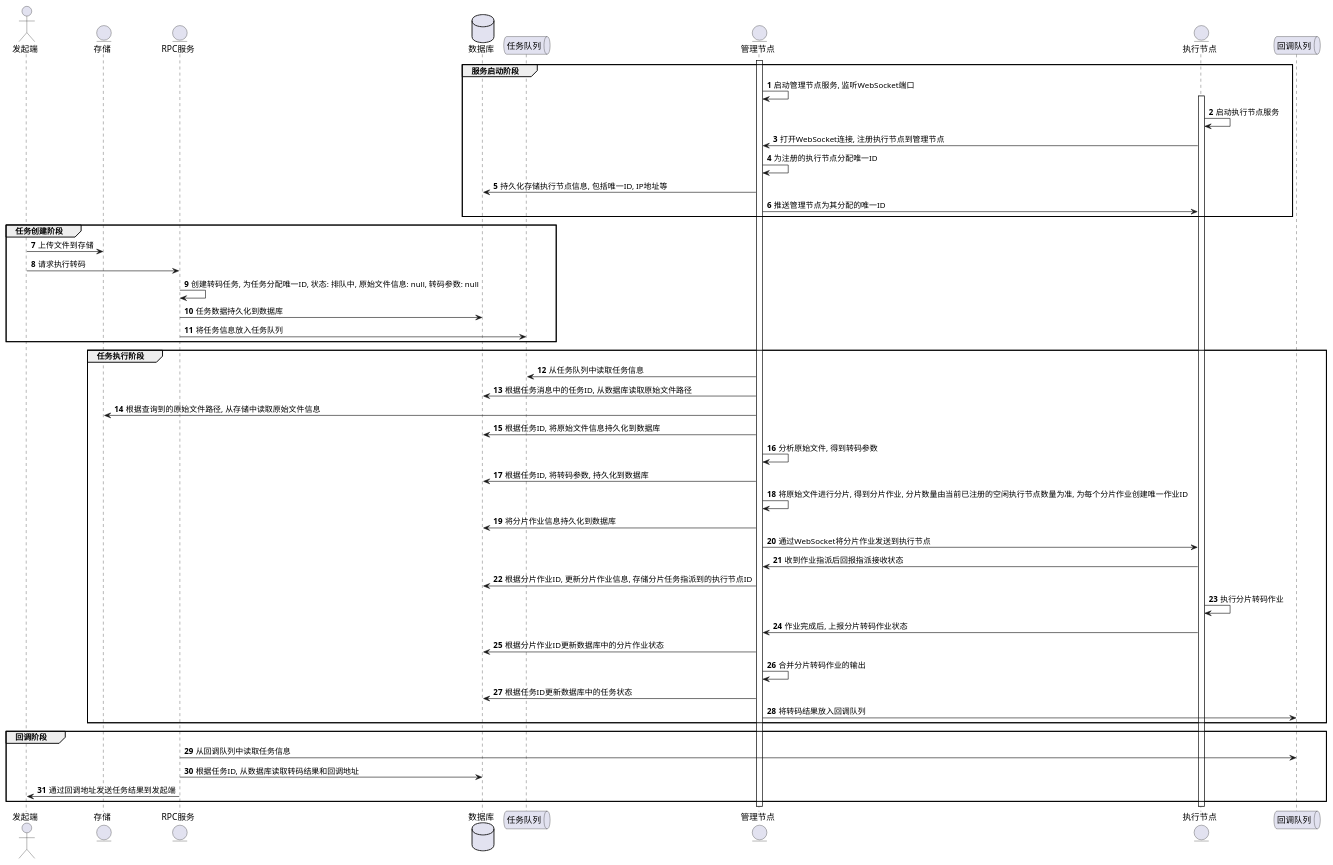
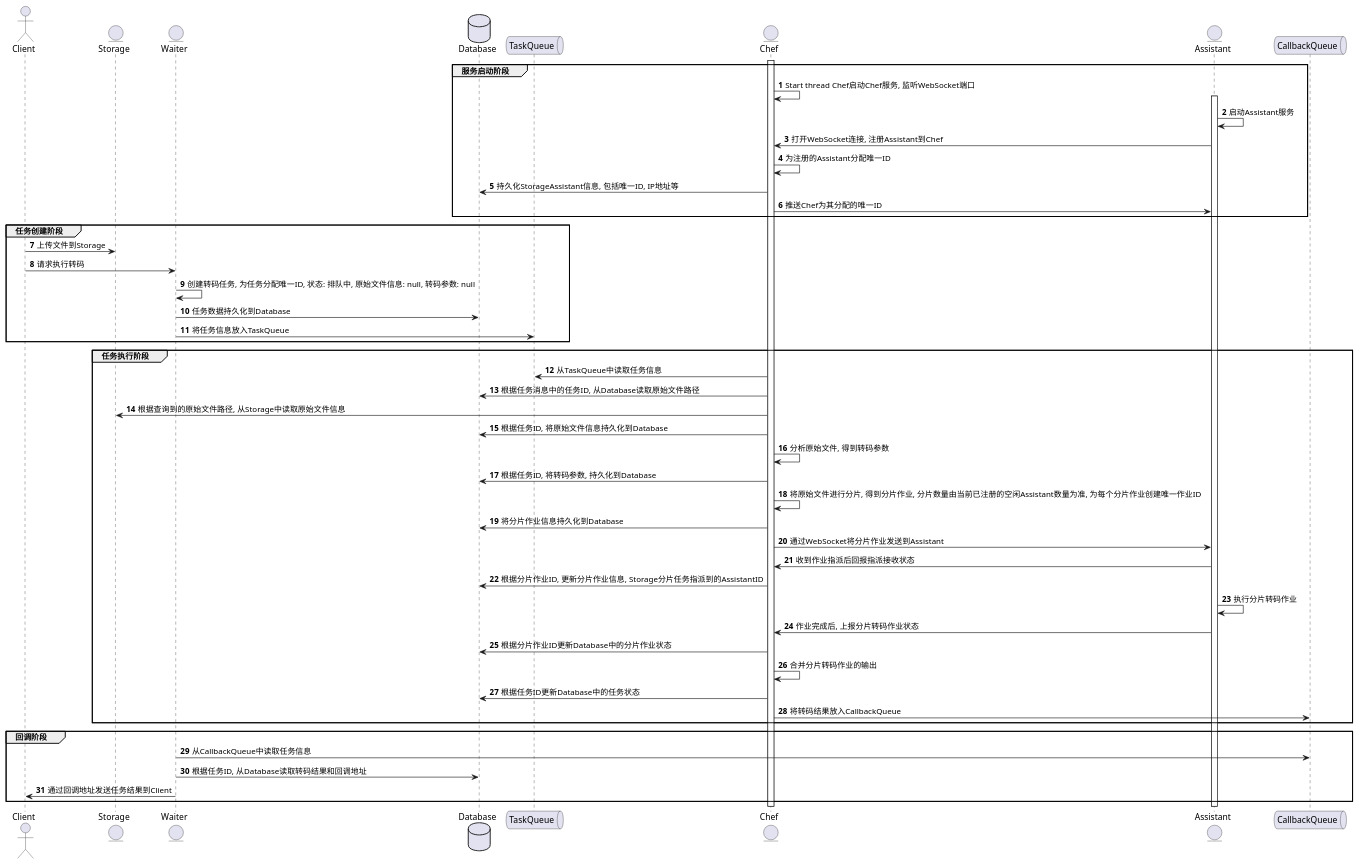
Before and after one commit to mustang1988/VideoRestaurant: the diagram in docs/SequenceDesign.puml, drawn with PlantUML.

Commit message:
doc(uml): update sequence diagram

```diff
--- a/docs/SequenceDesign.puml
+++ b/docs/SequenceDesign.puml
@@ -1,67 +1,67 @@
 @startuml Sequence Design
 
-actor 发起端
-entity 存储
-entity RPC服务
-database 数据库
-queue 任务队列
-entity 管理节点
-entity 执行节点
-queue 回调队列
+actor Client
+entity Storage
+entity Waiter
+database Database
+queue TaskQueue
+entity Chef
+entity Assistant
+queue CallbackQueue
 
 autonumber
 
 ' 服务启动阶段
 group 服务启动阶段
-    activate 管理节点
-    管理节点 -> 管理节点: 启动管理节点服务, 监听WebSocket端口
-    activate 执行节点
-    执行节点 -> 执行节点: 启动执行节点服务
-    执行节点 -> 管理节点 : 打开WebSocket连接, 注册执行节点到管理节点
-    管理节点 -> 管理节点 : 为注册的执行节点分配唯一ID
-    管理节点 -> 数据库 : 持久化存储执行节点信息, 包括唯一ID, IP地址等
-    管理节点 -> 执行节点 : 推送管理节点为其分配的唯一ID
+    activate Chef
+    Chef -> Chef: Start thread Chef启动Chef服务, 监听WebSocket端口
+    activate Assistant
+    Assistant -> Assistant: 启动Assistant服务
+    Assistant -> Chef : 打开WebSocket连接, 注册Assistant到Chef
+    Chef -> Chef : 为注册的Assistant分配唯一ID
+    Chef -> Database : 持久化StorageAssistant信息, 包括唯一ID, IP地址等
+    Chef -> Assistant : 推送Chef为其分配的唯一ID
 end
 ' 服务启动阶段结束
 
 ' 任务创建阶段
 group 任务创建阶段
-    发起端 -> 存储 : 上传文件到存储
-    发起端 -> RPC服务 : 请求执行转码
-    RPC服务 -> RPC服务 : 创建转码任务, 为任务分配唯一ID, 状态: 排队中, 原始文件信息: null, 转码参数: null
-    RPC服务 -> 数据库 : 任务数据持久化到数据库
-    RPC服务 -> 任务队列 : 将任务信息放入任务队列
+    Client -> Storage : 上传文件到Storage
+    Client -> Waiter : 请求执行转码
+    Waiter -> Waiter : 创建转码任务, 为任务分配唯一ID, 状态: 排队中, 原始文件信息: null, 转码参数: null
+    Waiter -> Database : 任务数据持久化到Database
+    Waiter -> TaskQueue : 将任务信息放入TaskQueue
 end
 ' 任务创建阶段结束
 
 ' 任务执行阶段
 group 任务执行阶段
-    管理节点 -> 任务队列 : 从任务队列中读取任务信息
-    管理节点 -> 数据库 : 根据任务消息中的任务ID, 从数据库读取原始文件路径
-    管理节点 -> 存储 : 根据查询到的原始文件路径, 从存储中读取原始文件信息
-    管理节点 -> 数据库 : 根据任务ID, 将原始文件信息持久化到数据库
-    管理节点 -> 管理节点 : 分析原始文件, 得到转码参数
-    管理节点 -> 数据库 : 根据任务ID, 将转码参数, 持久化到数据库
-    管理节点 -> 管理节点 : 将原始文件进行分片, 得到分片作业, 分片数量由当前已注册的空闲执行节点数量为准, 为每个分片作业创建唯一作业ID
-    管理节点 -> 数据库: 将分片作业信息持久化到数据库
-    管理节点 -> 执行节点: 通过WebSocket将分片作业发送到执行节点
-    执行节点 -> 管理节点 : 收到作业指派后回报指派接收状态
-    管理节点 -> 数据库 : 根据分片作业ID, 更新分片作业信息, 存储分片任务指派到的执行节点ID
-    执行节点 -> 执行节点: 执行分片转码作业
-    执行节点 -> 管理节点 : 作业完成后, 上报分片转码作业状态
-    管理节点 -> 数据库: 根据分片作业ID更新数据库中的分片作业状态
-    管理节点 -> 管理节点 : 合并分片转码作业的输出
-    管理节点 -> 数据库: 根据任务ID更新数据库中的任务状态
-    管理节点 -> 回调队列 : 将转码结果放入回调队列
+    Chef -> TaskQueue : 从TaskQueue中读取任务信息
+    Chef -> Database : 根据任务消息中的任务ID, 从Database读取原始文件路径
+    Chef -> Storage : 根据查询到的原始文件路径, 从Storage中读取原始文件信息
+    Chef -> Database : 根据任务ID, 将原始文件信息持久化到Database
+    Chef -> Chef : 分析原始文件, 得到转码参数
+    Chef -> Database : 根据任务ID, 将转码参数, 持久化到Database
+    Chef -> Chef : 将原始文件进行分片, 得到分片作业, 分片数量由当前已注册的空闲Assistant数量为准, 为每个分片作业创建唯一作业ID
+    Chef -> Database: 将分片作业信息持久化到Database
+    Chef -> Assistant: 通过WebSocket将分片作业发送到Assistant
+    Assistant -> Chef : 收到作业指派后回报指派接收状态
+    Chef -> Database : 根据分片作业ID, 更新分片作业信息, Storage分片任务指派到的AssistantID
+    Assistant -> Assistant: 执行分片转码作业
+    Assistant -> Chef : 作业完成后, 上报分片转码作业状态
+    Chef -> Database: 根据分片作业ID更新Database中的分片作业状态
+    Chef -> Chef : 合并分片转码作业的输出
+    Chef -> Database: 根据任务ID更新Database中的任务状态
+    Chef -> CallbackQueue : 将转码结果放入CallbackQueue
 end
 ' 任务执行阶段结束
 
 ' 回调阶段
 group 回调阶段
-    RPC服务 -> 回调队列 : 从回调队列中读取任务信息
-    RPC服务 -> 数据库 : 根据任务ID, 从数据库读取转码结果和回调地址
-    RPC服务 -> 发起端 : 通过回调地址发送任务结果到发起端
+    Waiter -> CallbackQueue : 从CallbackQueue中读取任务信息
+    Waiter -> Database : 根据任务ID, 从Database读取转码结果和回调地址
+    Waiter -> Client : 通过回调地址发送任务结果到Client
 end
 ' 回调阶段结束
 
 @enduml
```
